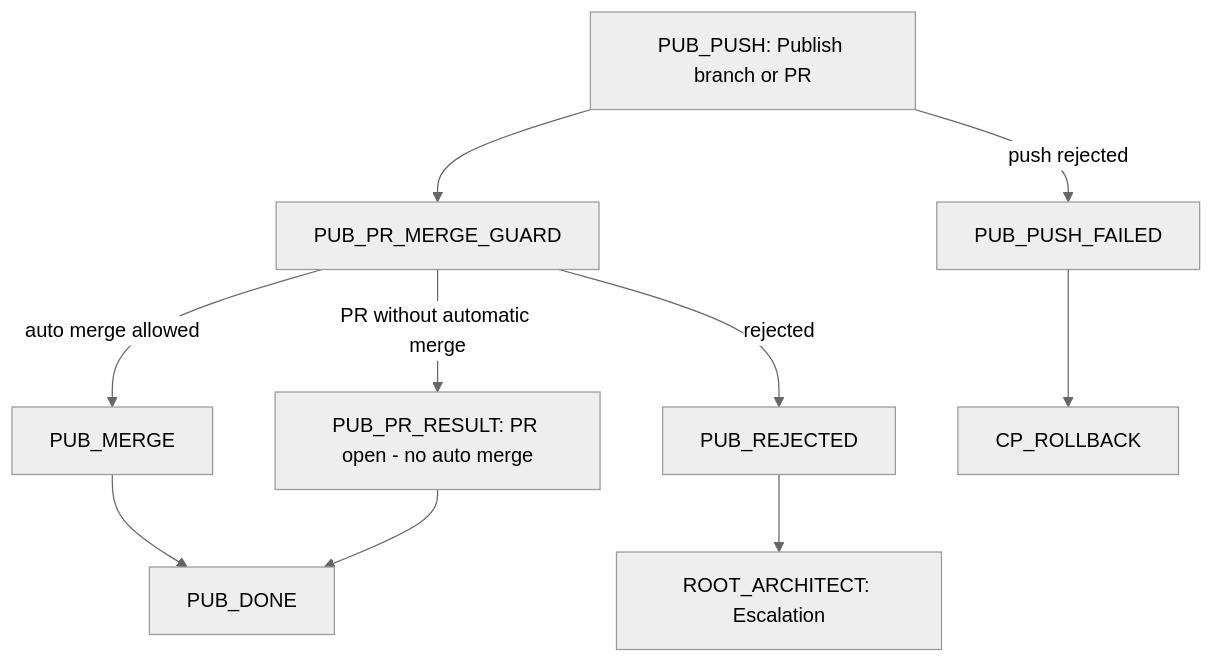
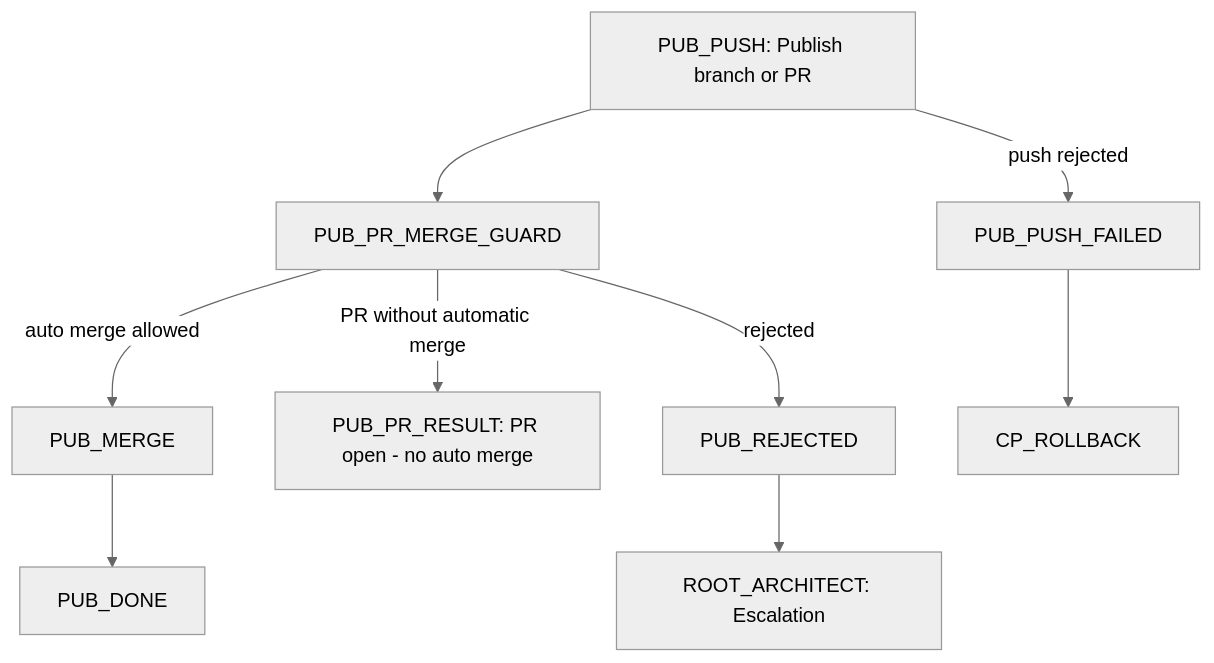
Before and after one commit to MatthiasBurger-Coder/forensic_analytics: the ninth of 10 diagrams in docs/governance/workflow/level-2-subgraphs.md, drawn with Mermaid (neutral theme). The commit also changed other lines of this file and 11 other files, not shown here.

````diff
--- a/docs/governance/workflow/level-2-subgraphs.md
+++ b/docs/governance/workflow/level-2-subgraphs.md
@@ -225,22 +225,21 @@
 ```mermaid
 flowchart TD
   PUB_PUSH["PUB_PUSH: Publish branch or PR"]
   PUB_GUARD["PUB_PR_MERGE_GUARD"]
   PUB_MERGE["PUB_MERGE"]
   PUB_PR_RESULT["PUB_PR_RESULT: PR open - no auto merge"]
   PUB_PUSH_FAILED["PUB_PUSH_FAILED"]
   PUB_REJECTED["PUB_REJECTED"]
   PUB_DONE["PUB_DONE"]
   CP_ROLLBACK["CP_ROLLBACK"]
   RA["ROOT_ARCHITECT: Escalation"]
 
   PUB_PUSH --> PUB_GUARD
   PUB_GUARD -->|"auto merge allowed"| PUB_MERGE
   PUB_GUARD -->|"PR without automatic merge"| PUB_PR_RESULT
   PUB_GUARD -->|"rejected"| PUB_REJECTED
   PUB_PUSH -->|"push rejected"| PUB_PUSH_FAILED
   PUB_MERGE --> PUB_DONE
-  PUB_PR_RESULT --> PUB_DONE
   PUB_PUSH_FAILED --> CP_ROLLBACK
   PUB_REJECTED --> RA
 ```
````
